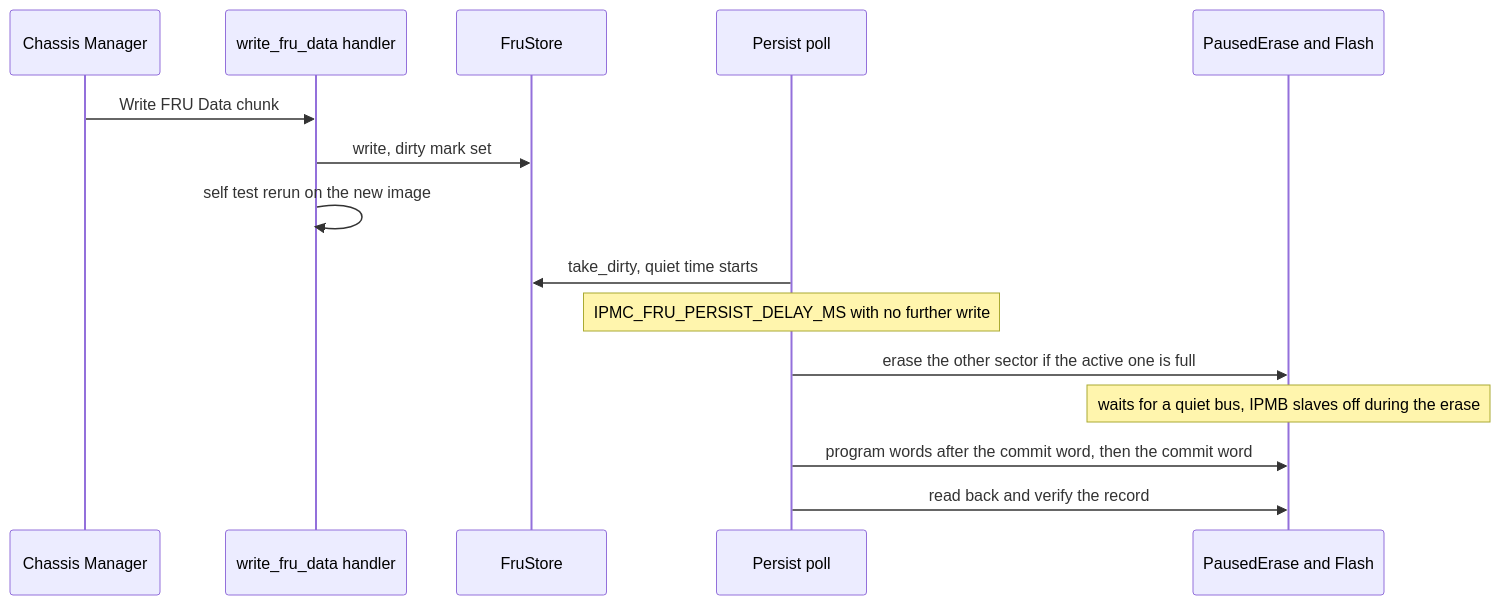
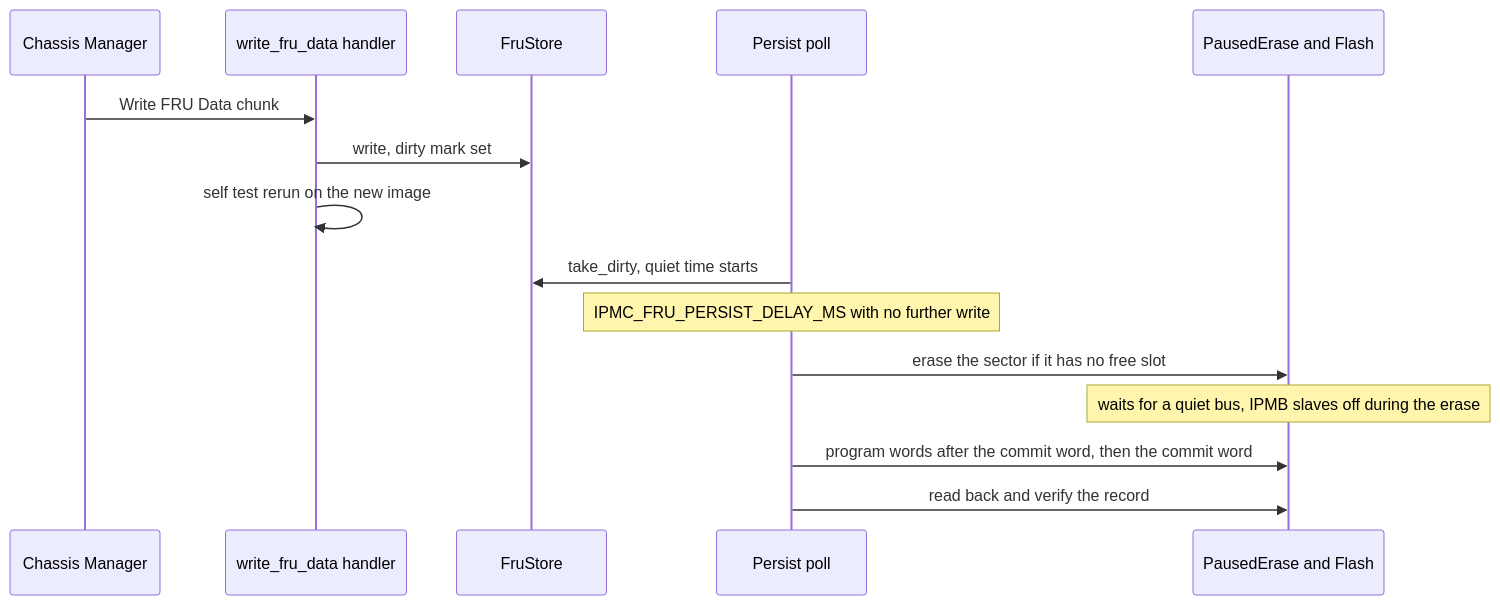
The ninth of 9 diagrams in Documentation/ipmc_software_spec.md (ironkernel01/IPMIRustFRU), drawn with Mermaid before and after one commit. The commit also changed other lines of this file and 3 other files, not shown here.

````diff
--- a/Documentation/ipmc_software_spec.md
+++ b/Documentation/ipmc_software_spec.md
@@ -1763,17 +2084,17 @@
 ```mermaid
 sequenceDiagram
     participant CM as Chassis Manager
     participant H as write_fru_data handler
     participant S as FruStore
     participant P as Persist poll
     participant F as PausedErase and Flash
     CM->>H: Write FRU Data chunk
     H->>S: write, dirty mark set
     H->>H: self test rerun on the new image
     P->>S: take_dirty, quiet time starts
     Note over P: IPMC_FRU_PERSIST_DELAY_MS with no further write
-    P->>F: erase the other sector if the active one is full
+    P->>F: erase the sector if it has no free slot
     Note over F: waits for a quiet bus, IPMB slaves off during the erase
     P->>F: program words after the commit word, then the commit word
     P->>F: read back and verify the record
 ```
````
